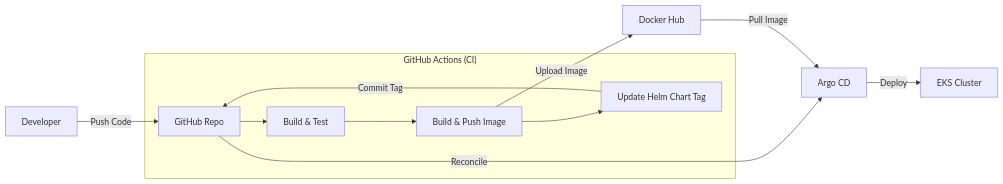
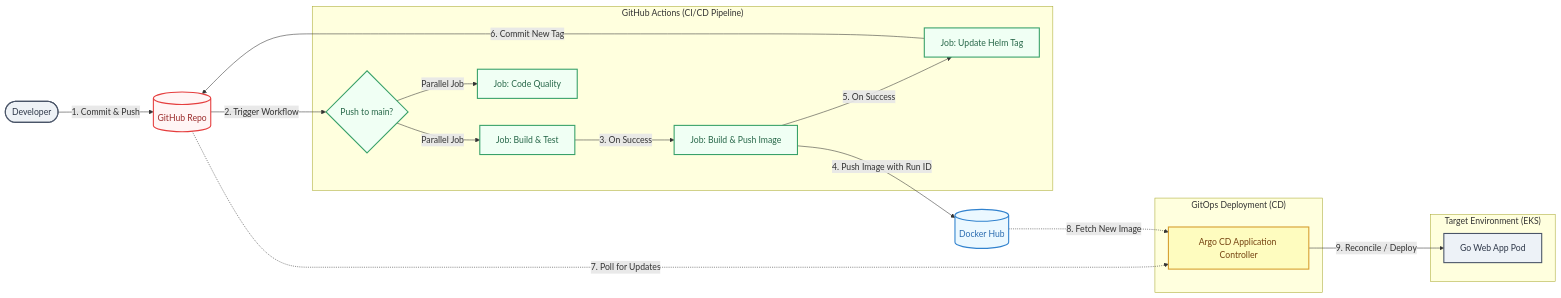
Before and after one commit to Sanket006/golang-eks-gitops-pipeline: the second of 3 diagrams in docs/architecture-diagrams.md, drawn with Mermaid. The commit also changed other lines of this file and 3 other files, not shown here.

Commit message:
docs: style Mermaid diagrams with premium HSL themes

````diff
--- a/docs/architecture-diagrams.md
+++ b/docs/architecture-diagrams.md
@@ -39,17 +90,46 @@
 ```mermaid
 graph LR
-    Dev[Developer] -->|Push Code| Git[GitHub Repo]
+    %% Define Styles
+    classDef dev fill:#EEF2F6,stroke:#4A5568,stroke-width:2px,color:#2D3748;
+    classDef git fill:#FFF5F5,stroke:#E53E3E,stroke-width:2px,color:#9B2C2C;
+    classDef gha fill:#F0FFF4,stroke:#38A169,stroke-width:2px,color:#276749;
+    classDef docker fill:#EBF8FF,stroke:#3182CE,stroke-width:2px,color:#2B6CB0;
+    classDef argo fill:#FEFCBF,stroke:#D69E2E,stroke-width:2px,color:#744210;
+    classDef eks fill:#EDF2F7,stroke:#4A5568,stroke-width:2px,color:#2D3748;
+
+    Developer([Developer]):::dev
+    GitHub[(GitHub Repo)]:::git
+    DockerHub[(Docker Hub)]:::docker
+
+    subgraph CI ["GitHub Actions (CI/CD Pipeline)"]
+        Trigger{Push to main?}:::gha
+        Build[Job: Build & Test]:::gha
+        Lint[Job: Code Quality]:::gha
+        Push[Job: Build & Push Image]:::gha
+        Update[Job: Update Helm Tag]:::gha
+    end
+
+    subgraph CD ["GitOps Deployment (CD)"]
+        ArgoCD[Argo CD Application Controller]:::argo
+    end
+
+    subgraph Cluster ["Target Environment (EKS)"]
+        AppPod[Go Web App Pod]:::eks
+    end
+
+    Developer -->|1. Commit & Push| GitHub
+    GitHub -->|2. Trigger Workflow| Trigger
     
-    subgraph Actions ["GitHub Actions (CI)"]
-        Git --> Build[Build & Test]
-        Build --> Push[Build & Push Image]
-        Push --> Update[Update Helm Chart Tag]
-    end
+    Trigger -->|Parallel Job| Build
+    Trigger -->|Parallel Job| Lint
     
-    Push -->|Upload Image| DH[Docker Hub]
-    Update -->|Commit Tag| Git
+    Build -->|3. On Success| Push
+    Push -->|4. Push Image with Run ID| DockerHub
+    Push -->|5. On Success| Update
     
-    Git -->|Reconcile| Argo[Argo CD]
-    DH -->|Pull Image| Argo
-    Argo -->|Deploy| EKS[EKS Cluster]
+    Update -->|6. Commit New Tag| GitHub
+    
+    GitHub -.->|7. Poll for Updates| ArgoCD
+    DockerHub -.->|8. Fetch New Image| ArgoCD
+    ArgoCD -->|9. Reconcile / Deploy| AppPod
 ```
````
